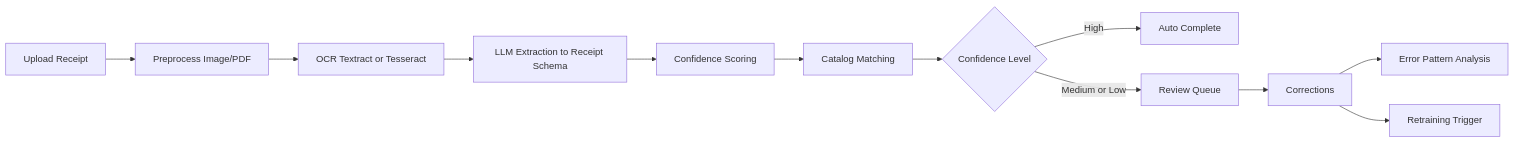
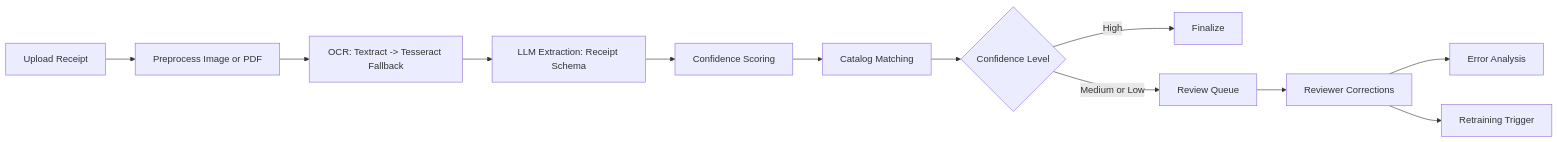
The diagram in README.md (theSelfSa/receipt-intelligence-pipeline), drawn with Mermaid before and after one commit. The commit also changed other lines of this file and 1 other file, not shown here.

````diff
--- a/README.md
+++ b/README.md
@@ -14,14 +19,14 @@
 ```mermaid
 flowchart LR
-    A[Upload Receipt] --> B[Preprocess Image/PDF]
-    B --> C[OCR Textract or Tesseract]
-    C --> D[LLM Extraction to Receipt Schema]
+    A[Upload Receipt] --> B[Preprocess Image or PDF]
+    B --> C[OCR: Textract -> Tesseract Fallback]
+    C --> D[LLM Extraction: Receipt Schema]
     D --> E[Confidence Scoring]
     E --> F[Catalog Matching]
     F --> G{Confidence Level}
-    G -->|High| H[Auto Complete]
+    G -->|High| H[Finalize]
     G -->|Medium or Low| I[Review Queue]
-    I --> J[Corrections]
-    J --> K[Error Pattern Analysis]
+    I --> J[Reviewer Corrections]
+    J --> K[Error Analysis]
     J --> L[Retraining Trigger]
 ```
````
